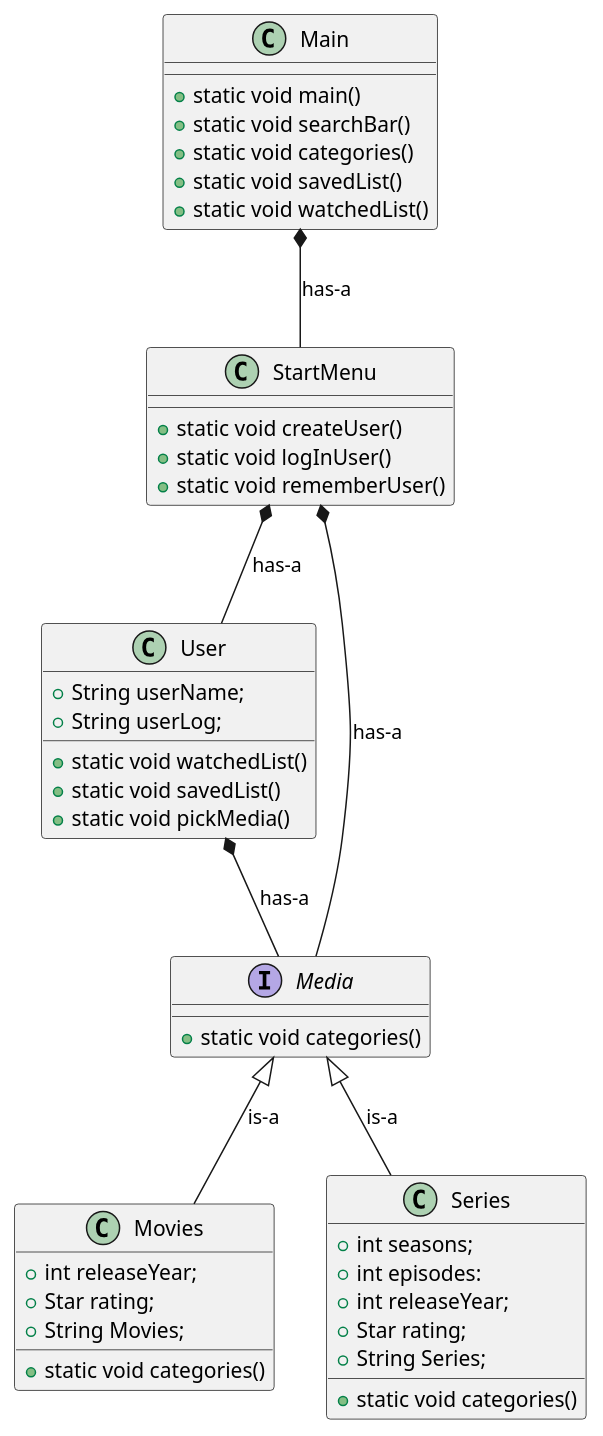
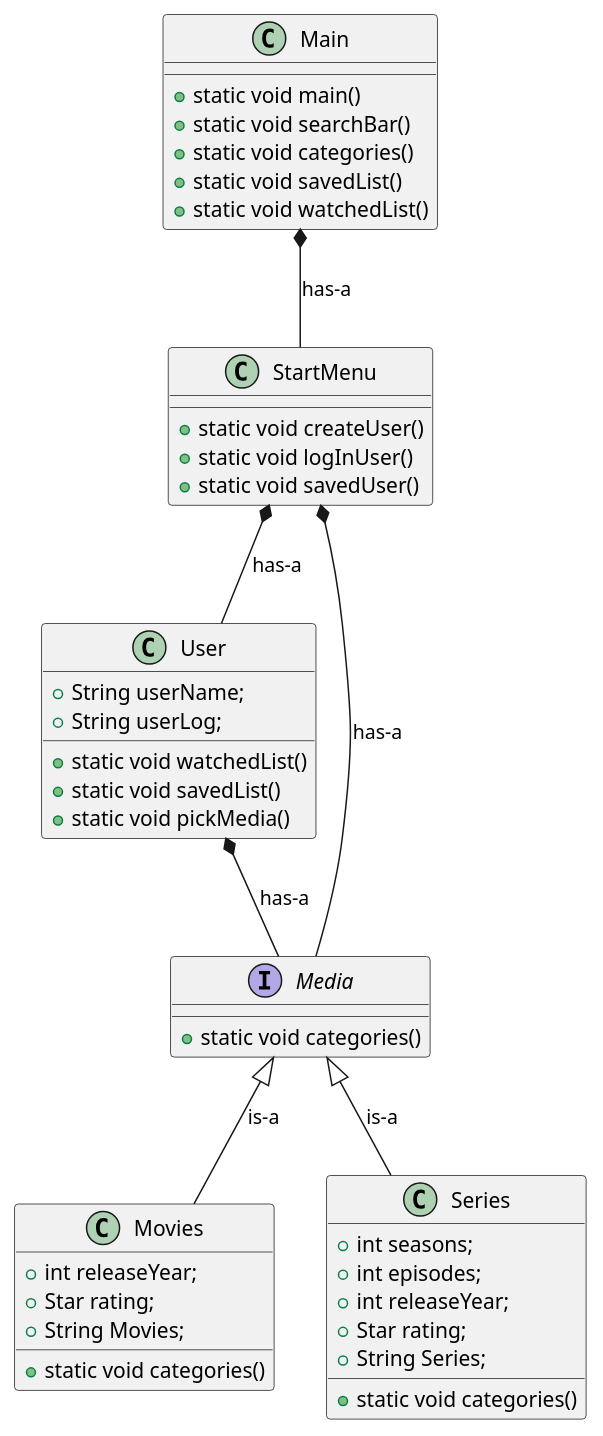
Before and after one commit to MajaLHJensen/SP3: the diagram in src/Structure.puml, drawn with PlantUML.

Commit message:
namechange rememberUser to savedUser

```diff
--- a/src/Structure.puml
+++ b/src/Structure.puml
@@ -1,47 +1,47 @@
 @startuml
 
 class Main
 class User
 class StartMenu
 class Movies
 class Series
 interface Media
 
 Main : + static void main()
 Main : + static void searchBar()
 Main : + static void categories()
 Main : + static void savedList()
 Main : + static void watchedList()
 
 User : + static void watchedList()
 User : + static void savedList()
 User : + static void pickMedia()
 User : + String userName;
 User : + String userLog;
 
 Media : + static void categories()
 
 Movies : + static void categories()
 Movies : + int releaseYear;
 Movies : + Star rating;
 Movies : + String Movies;
 
 Series : + static void categories()
 Series : + int seasons;
-Series : + int episodes:
+Series : + int episodes;
 Series : + int releaseYear;
 Series : + Star rating;
 Series : + String Series;
 
 StartMenu : + static void createUser()
 StartMenu : + static void logInUser()
-StartMenu : + static void rememberUser()
+StartMenu : + static void savedUser()
 
 Main *-- StartMenu : has-a
 StartMenu *-- User : has-a
 StartMenu *-- Media : has-a
 User *-- Media : has-a
 Media <|-- Movies : is-a
 Media <|-- Series : is-a
 
 @enduml
```
